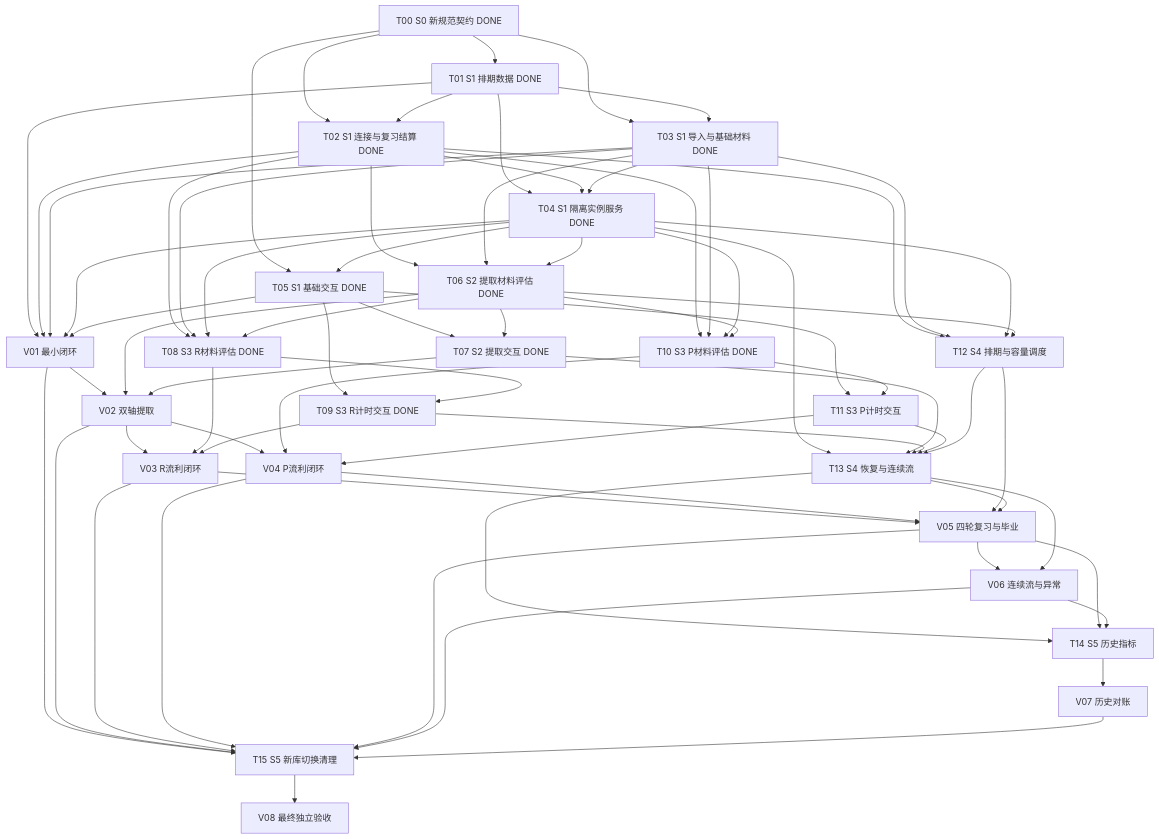
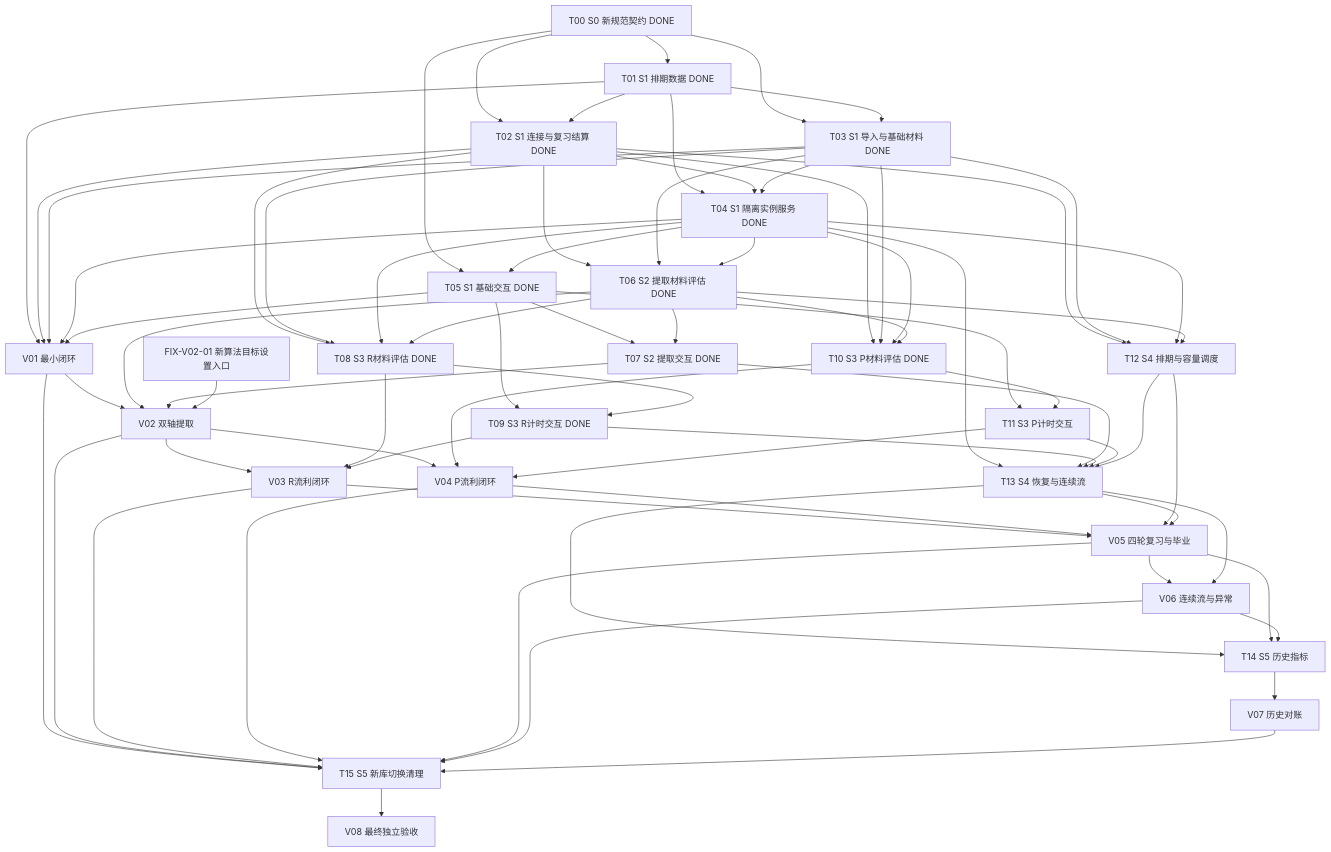
The diagram in docs/task-implementation-new-algorithm.md (logact/flow), drawn with Mermaid before and after one commit. The commit also changed other lines of this file and 1 other file, not shown here.

```diff
--- a/docs/task-implementation-new-algorithm.md
+++ b/docs/task-implementation-new-algorithm.md
@@ -348,6 +356,7 @@
   V01["V01 最小闭环"]
   T06["T06 S2 提取材料评估 DONE"]
   T07["T07 S2 提取交互 DONE"]
+  FIXV0201["FIX-V02-01 新算法目标设置入口"]
   V02["V02 双轴提取"]
   T08["T08 S3 R材料评估 DONE"]
   T09["T09 S3 R计时交互 DONE"]
@@ -386,6 +395,7 @@
   V01 --> V02
   T06 --> V02
   T07 --> V02
+  FIXV0201 --> V02
   T02 --> T08
   T03 --> T08
   T04 --> T08
```
